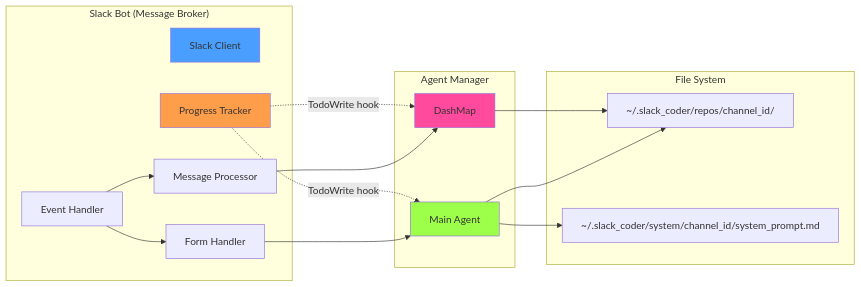
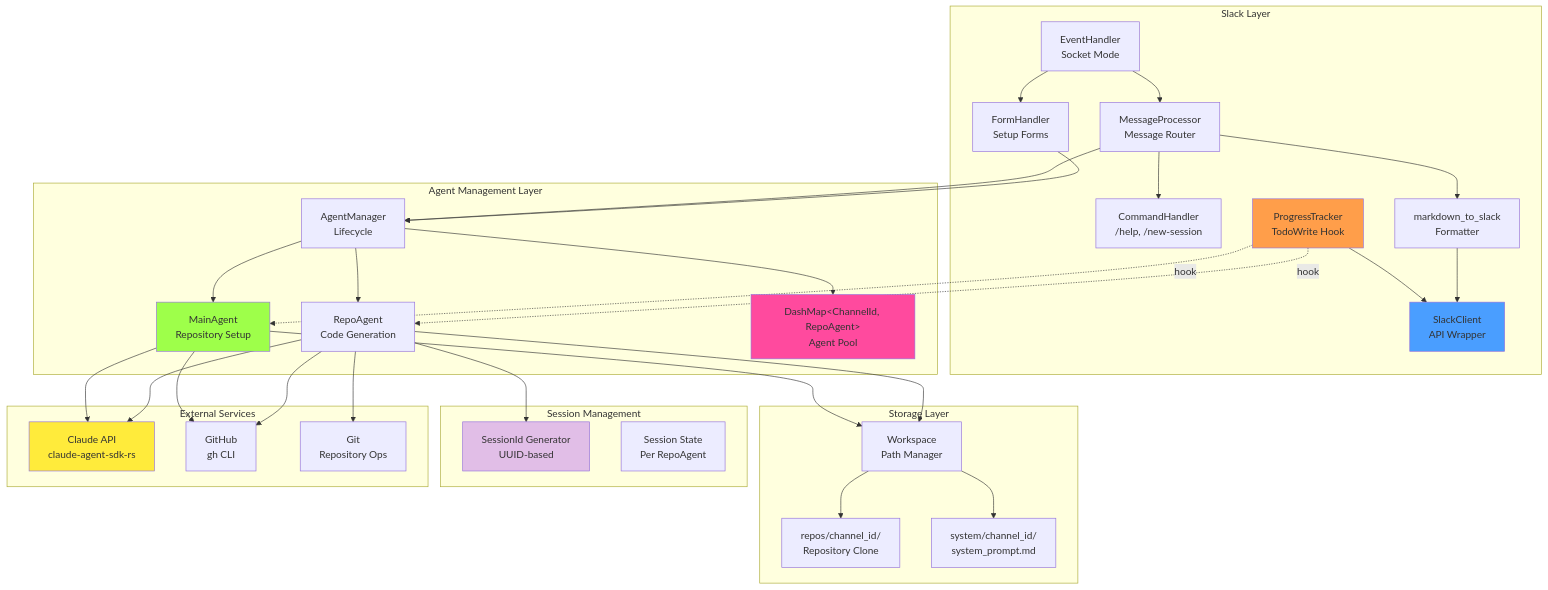
The second of 9 diagrams in README.md (tyrchen/slack-coder), drawn with Mermaid before and after one commit. The commit also changed other lines of this file and 1 other file, not shown here.

````diff
--- a/README.md
+++ b/README.md
@@ -43,35 +44,67 @@
 ```mermaid
-graph LR
-    subgraph "Slack Bot (Message Broker)"
-        SC[Slack Client]
-        EH[Event Handler]
-        MP[Message Processor]
-        FH[Form Handler]
-        PT[Progress Tracker]
+graph TB
+    subgraph "Slack Layer"
+        SC[SlackClient<br/>API Wrapper]
+        EH[EventHandler<br/>Socket Mode]
+        MP[MessageProcessor<br/>Message Router]
+        FH[FormHandler<br/>Setup Forms]
+        CH[CommandHandler<br/>/help, /new-session]
+        PT[ProgressTracker<br/>TodoWrite Hook]
+        MD[markdown_to_slack<br/>Formatter]
     end
 
-    subgraph "Agent Manager"
-        MA[Main Agent]
-        DM[DashMap<ChannelId, RepoAgent>]
+    subgraph "Agent Management Layer"
+        AM[AgentManager<br/>Lifecycle]
+        MA[MainAgent<br/>Repository Setup]
+        RA[RepoAgent<br/>Code Generation]
+        DM[DashMap&lt;ChannelId, RepoAgent&gt;<br/>Agent Pool]
     end
 
-    subgraph "File System"
-        R[~/.slack_coder/repos/channel_id/]
-        S[~/.slack_coder/system/channel_id/system_prompt.md]
+    subgraph "Storage Layer"
+        WS[Workspace<br/>Path Manager]
+        RP["repos/channel_id/<br/>Repository Clone"]
+        SP["system/channel_id/<br/>system_prompt.md"]
+    end
+
+    subgraph "Session Management"
+        SM[SessionId Generator<br/>UUID-based]
+        SS[Session State<br/>Per RepoAgent]
+    end
+
+    subgraph "External Services"
+        Claude[Claude API<br/>claude-agent-sdk-rs]
+        GitHub[GitHub<br/>gh CLI]
+        Git[Git<br/>Repository Ops]
     end
 
     EH --> MP
     EH --> FH
-    MP --> DM
-    FH --> MA
-    MA --> R
-    MA --> S
-    DM --> R
-    PT -.->|TodoWrite hook| MA
-    PT -.->|TodoWrite hook| DM
+    MP --> CH
+    MP --> AM
+    FH --> AM
+    AM --> MA
+    AM --> RA
+    AM --> DM
+    MA --> WS
+    RA --> WS
+    RA --> SM
+    WS --> RP
+    WS --> SP
+    PT -.->|hook| MA
+    PT -.->|hook| RA
+    PT --> SC
+    MP --> MD
+    MD --> SC
+    MA --> Claude
+    RA --> Claude
+    MA --> GitHub
+    RA --> GitHub
+    RA --> Git
 
     style SC fill:#4a9eff
     style PT fill:#ff9e4a
     style MA fill:#9eff4a
     style DM fill:#ff4a9e
+    style Claude fill:#ffeb3b
+    style SM fill:#e1bee7
 ```
````
